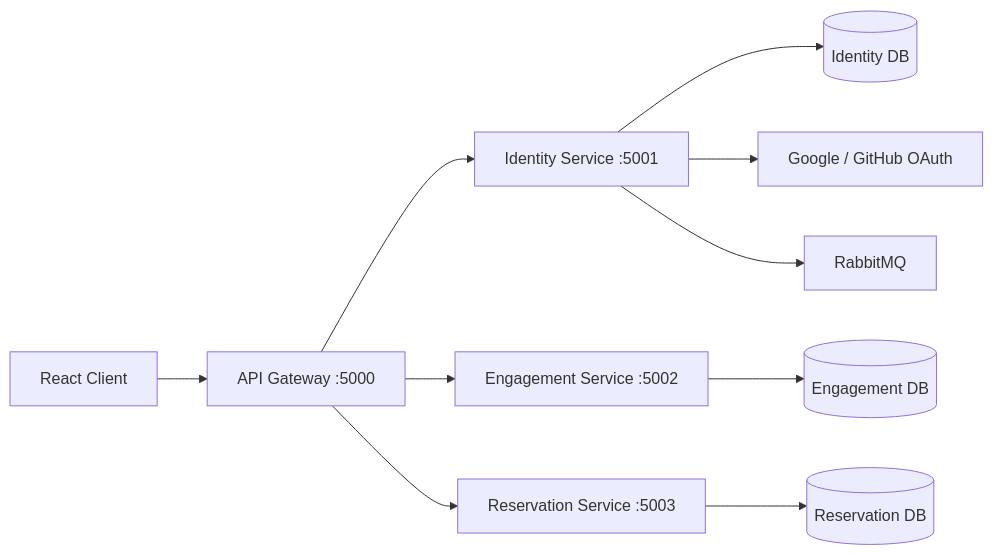
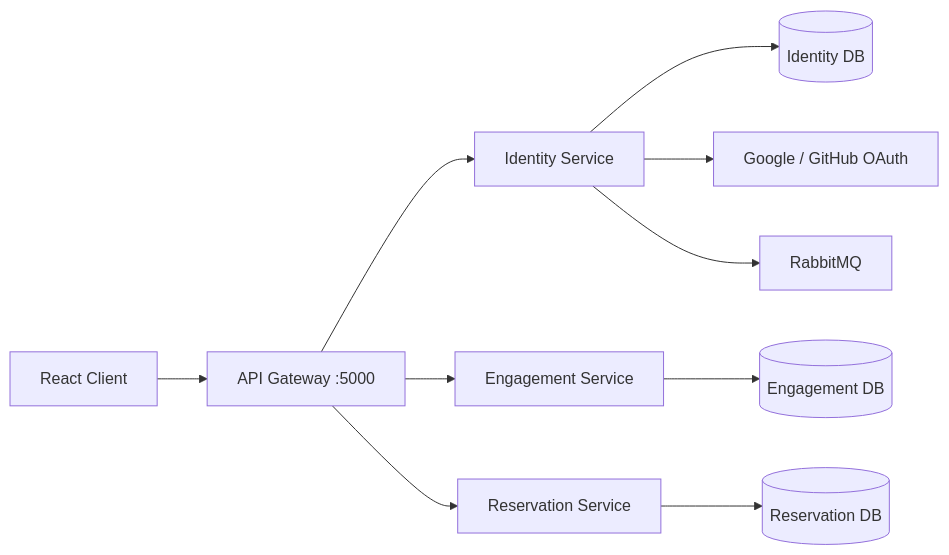
The diagram in README.md (ML642/movie-reservation), drawn with Mermaid before and after one commit.

````diff
--- a/README.md
+++ b/README.md
@@ -8,16 +8,16 @@
 ```mermaid
 flowchart LR
     Client[React Client] --> Gateway[API Gateway :5000]
 
-    Gateway --> Identity[Identity Service :5001]
-    Gateway --> Engagement[Engagement Service :5002]
-    Gateway --> Reservation[Reservation Service :5003]
+    Gateway --> Identity[Identity Service ]
+    Gateway --> Engagement[Engagement Service ]
+    Gateway --> Reservation[Reservation Service ]
 
     Identity --> IdentityDB[(Identity DB)]
     Identity --> OAuth[Google / GitHub OAuth]
     Identity --> Rabbit[RabbitMQ]
 
     Engagement --> EngagementDB[(Engagement DB)]
 
     Reservation --> ReservationDB[(Reservation DB)]
 ```
````
